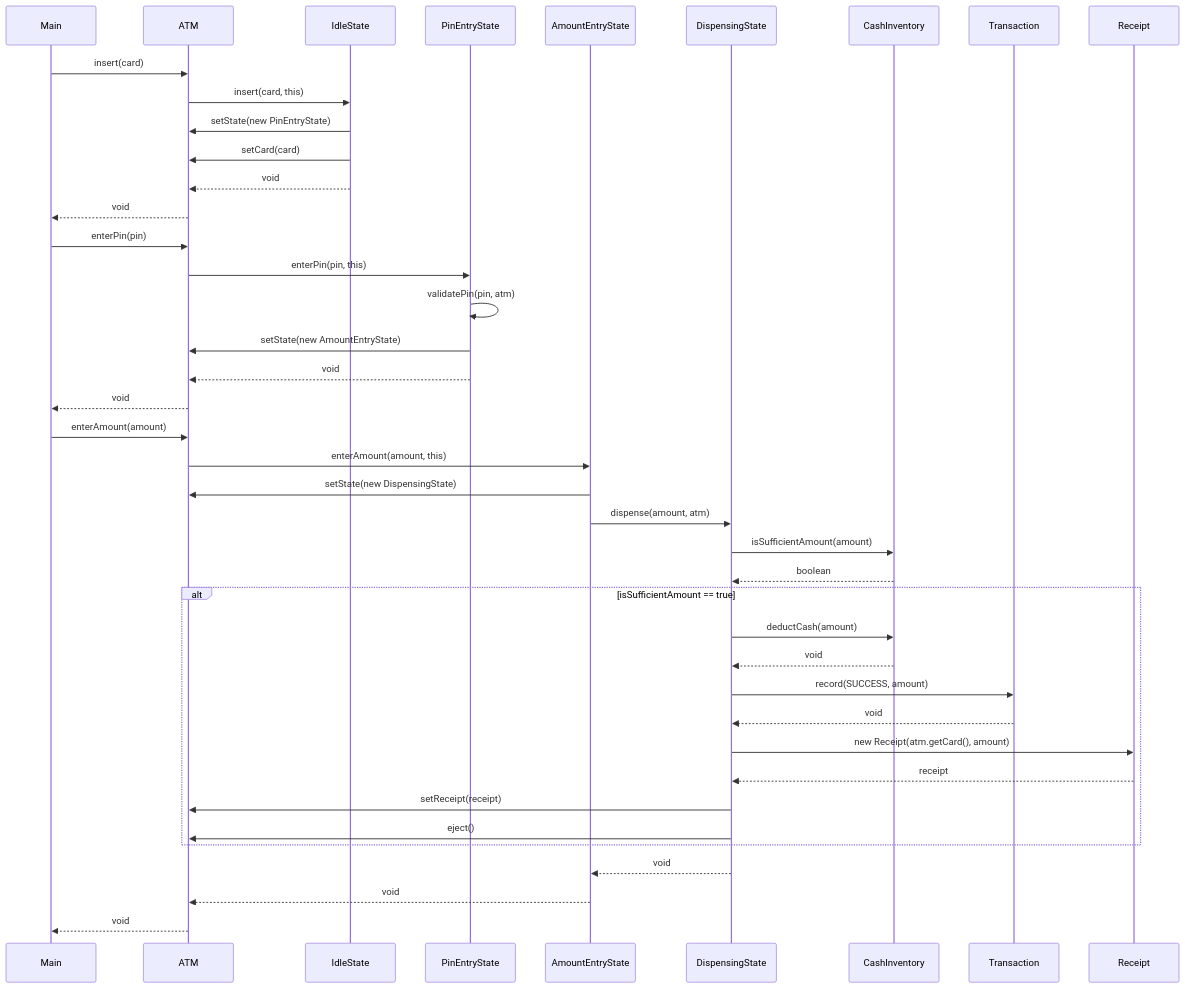
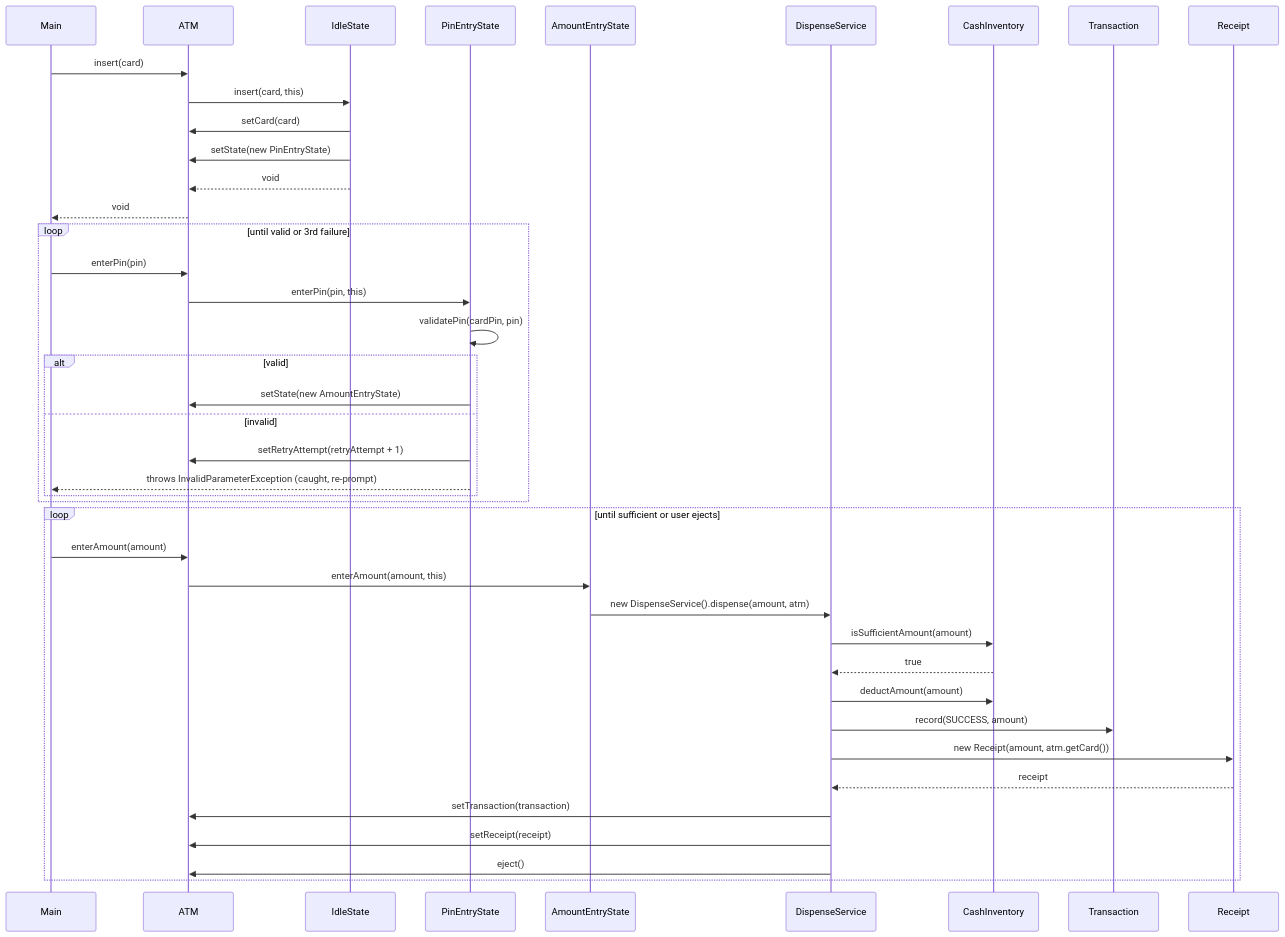
One commit to Anuj-Gupta79/lld-mastery changed the second of 4 diagrams in src/main/java/com/lld/problems/atm/notes/notes.md. Above: the diagram before and after it, drawn with Mermaid. The commit also changed other lines of this file and 19 other files, not shown here.

Commit message:
Problem: ATM machine - state pattern, driver owned retry looped

````diff
--- a/src/main/java/com/lld/problems/atm/notes/notes.md
+++ b/src/main/java/com/lld/problems/atm/notes/notes.md
@@ -133,48 +168,47 @@
 ```mermaid
 sequenceDiagram
     participant Main
     participant ATM
     participant IdleState
     participant PinEntryState
     participant AmountEntryState
-    participant DispensingState
+    participant DispenseService
     participant CashInventory
     participant Transaction
     participant Receipt
 
     Main->>ATM: insert(card)
     ATM->>IdleState: insert(card, this)
+    IdleState->>ATM: setCard(card)
     IdleState->>ATM: setState(new PinEntryState)
-    IdleState->>ATM: setCard(card)
     IdleState-->>ATM: void
     ATM-->>Main: void
 
-    Main->>ATM: enterPin(pin)
-    ATM->>PinEntryState: enterPin(pin, this)
-    PinEntryState->>PinEntryState: validatePin(pin, atm)
-    PinEntryState->>ATM: setState(new AmountEntryState)
-    PinEntryState-->>ATM: void
-    ATM-->>Main: void
-
-    Main->>ATM: enterAmount(amount)
-    ATM->>AmountEntryState: enterAmount(amount, this)
-    AmountEntryState->>ATM: setState(new DispensingState)
-    AmountEntryState->>DispensingState: dispense(amount, atm)
-    DispensingState->>CashInventory: isSufficientAmount(amount)
-    CashInventory-->>DispensingState: boolean
-
-    alt isSufficientAmount == true
-        DispensingState->>CashInventory: deductCash(amount)
-        CashInventory-->>DispensingState: void
-        DispensingState->>Transaction: record(SUCCESS, amount)
-        Transaction-->>DispensingState: void
-        DispensingState->>Receipt: new Receipt(atm.getCard(), amount)
-        Receipt-->>DispensingState: receipt
-        DispensingState->>ATM: setReceipt(receipt)
-        DispensingState->>ATM: eject()
+    loop until valid or 3rd failure
+        Main->>ATM: enterPin(pin)
+        ATM->>PinEntryState: enterPin(pin, this)
+        PinEntryState->>PinEntryState: validatePin(cardPin, pin)
+        alt valid
+            PinEntryState->>ATM: setState(new AmountEntryState)
+        else invalid
+            PinEntryState->>ATM: setRetryAttempt(retryAttempt + 1)
+            PinEntryState-->>Main: throws InvalidParameterException (caught, re-prompt)
+        end
     end
 
-    DispensingState-->>AmountEntryState: void
-    AmountEntryState-->>ATM: void
-    ATM-->>Main: void
+    loop until sufficient or user ejects
+        Main->>ATM: enterAmount(amount)
+        ATM->>AmountEntryState: enterAmount(amount, this)
+        AmountEntryState->>DispenseService: new DispenseService().dispense(amount, atm)
+        DispenseService->>CashInventory: isSufficientAmount(amount)
+        CashInventory-->>DispenseService: true
+
+        DispenseService->>CashInventory: deductAmount(amount)
+        DispenseService->>Transaction: record(SUCCESS, amount)
+        DispenseService->>Receipt: new Receipt(amount, atm.getCard())
+        Receipt-->>DispenseService: receipt
+        DispenseService->>ATM: setTransaction(transaction)
+        DispenseService->>ATM: setReceipt(receipt)
+        DispenseService->>ATM: eject()
+    end
 ```
````
